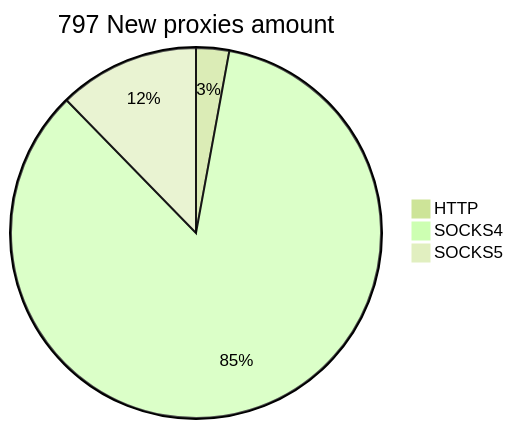
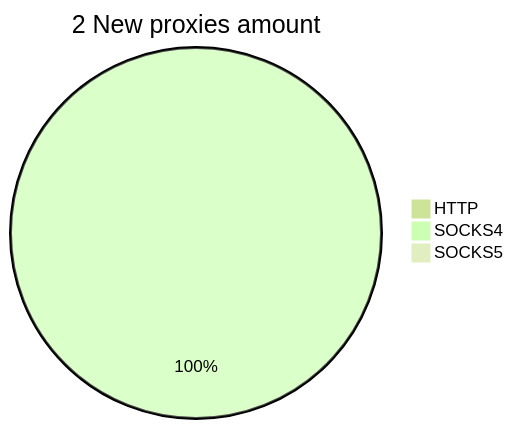
One commit to cutipu/proxylist changed the second of 2 diagrams in README.md. Above: the diagram before and after it, drawn with Mermaid (forest theme). The commit also changed other lines of this file, not shown here.

````diff
--- a/README.md
+++ b/README.md
@@ -10,6 +10,6 @@
 ```mermaid
-pie title 797 New proxies amount
-    "HTTP" : 23
-    "SOCKS4" : 676
-    "SOCKS5" : 98
+pie title 2 New proxies amount
+    "HTTP" : 0
+    "SOCKS4" : 3
+    "SOCKS5" : 0
 ```
````
